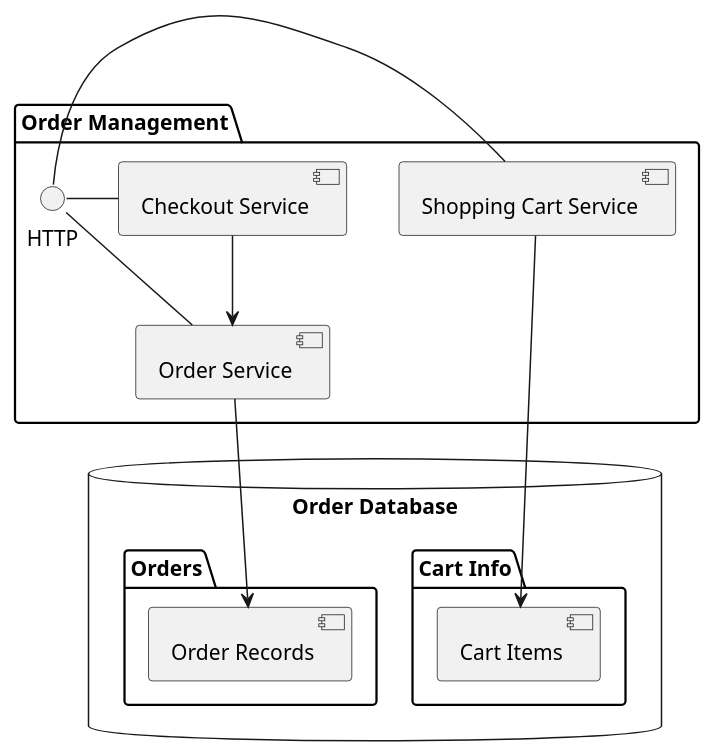
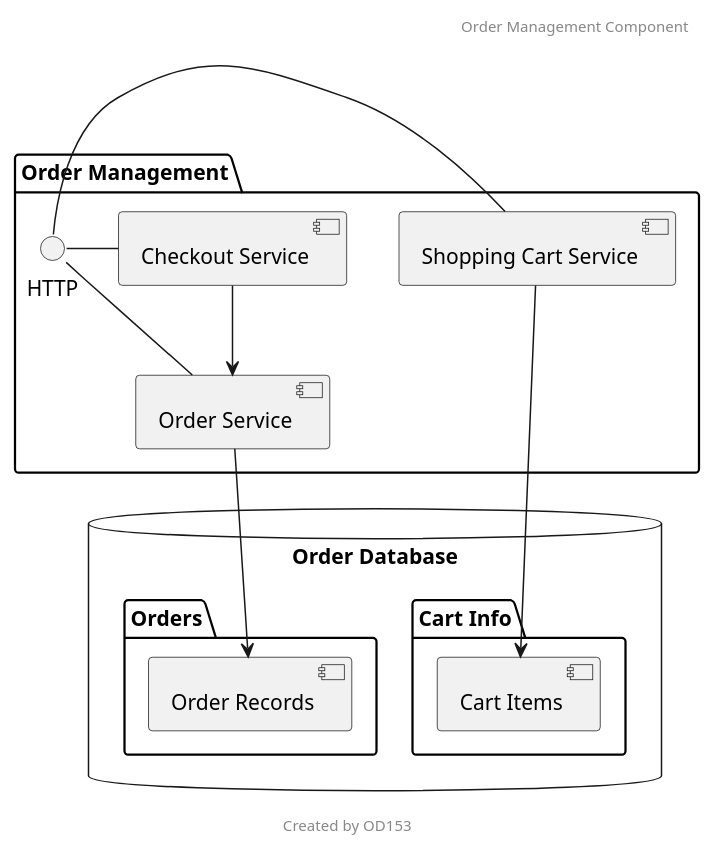
Before and after one commit to donassis/e-commerce: the diagram in uml/component/order-mgt-component.puml, drawn with PlantUML. The commit also changed 91 other files, not shown here.

Commit message:
updated diagrams with headers and footers

```diff
--- a/uml/component/order-mgt-component.puml
+++ b/uml/component/order-mgt-component.puml
@@ -1,20 +1,22 @@
 @startuml
+header Order Management Component
+footer Created by OD153
 package "Order Management" {
   HTTP - [Shopping Cart Service]
   HTTP - [Order Service]
   HTTP - [Checkout Service]
 }
 
 database "Order Database" {
   folder "Orders" {
     [Order Records]
   }
   folder "Cart Info" {
     [Cart Items]
   }
 }
 
 [Shopping Cart Service] --> [Cart Items]
 [Order Service] --> [Order Records]
 [Checkout Service] --> [Order Service]
 @enduml
```
